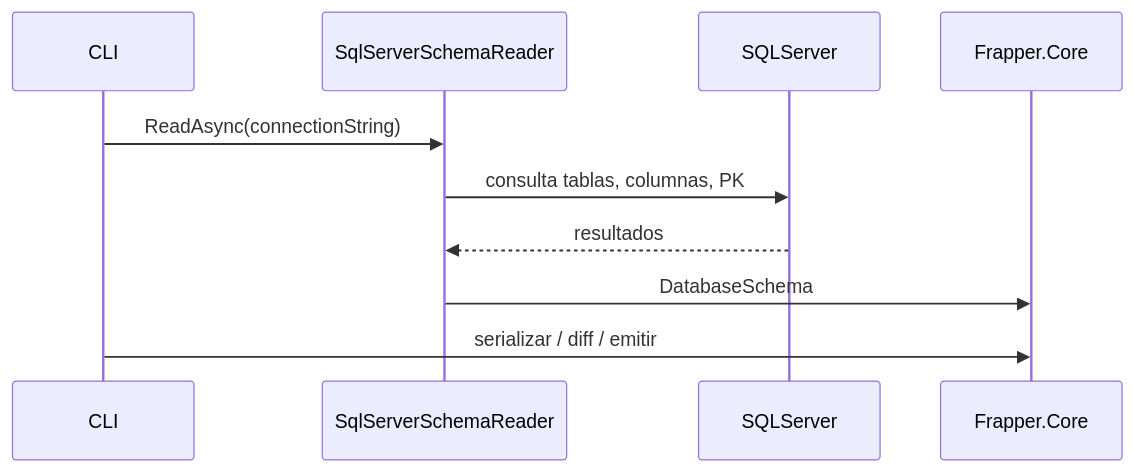
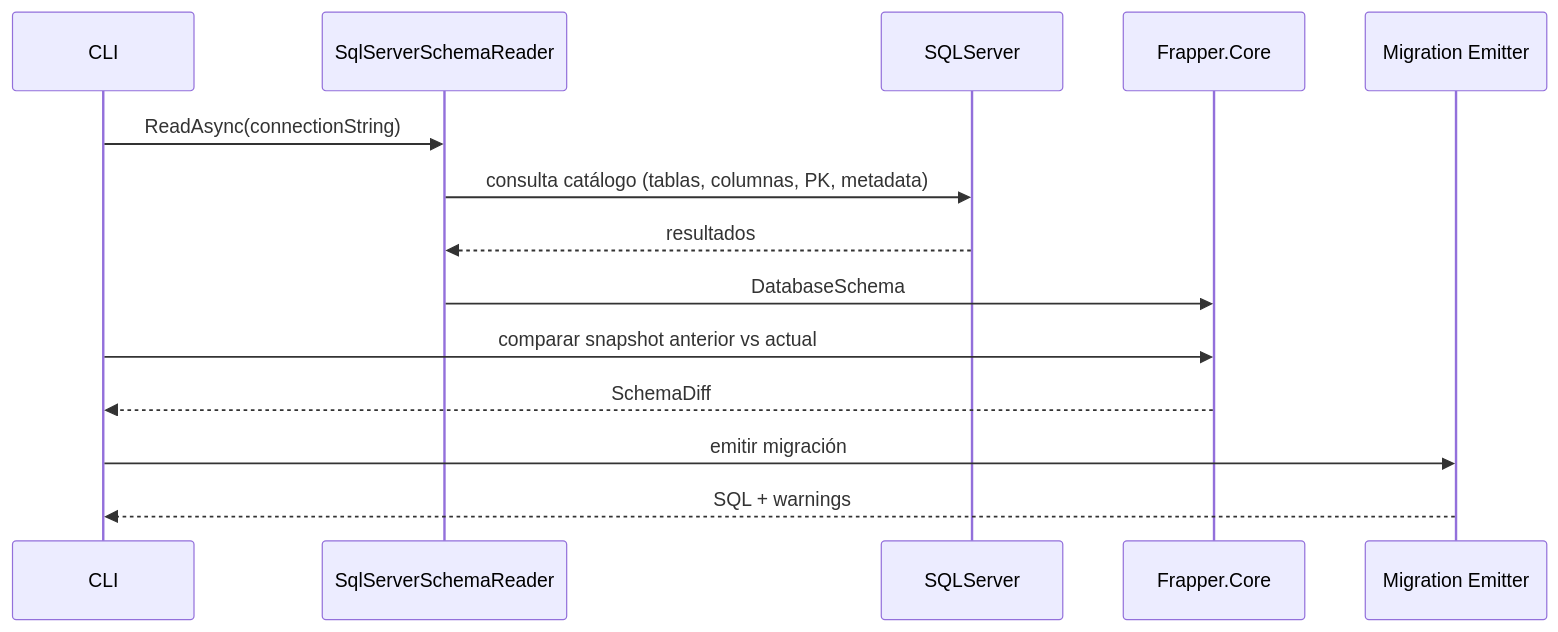
One commit to gonzaromeroatton/frapper changed the first of 3 diagrams in README.md. Above: the diagram before and after it, drawn with Mermaid. The commit also changed other lines of this file and 2 other files, not shown here.

Commit message:
Agrega documentación sobre la arquitectura y roadmap del proyecto Frapper

````diff
--- a/README.md
+++ b/README.md
@@ -173,13 +288,17 @@
 ```mermaid
 sequenceDiagram
     participant CLI
     participant SqlReader as SqlServerSchemaReader
     participant DB as SQLServer
     participant Core as Frapper.Core
+    participant Emitter as Migration Emitter
 
     CLI->>SqlReader: ReadAsync(connectionString)
-    SqlReader->>DB: consulta tablas, columnas, PK
+    SqlReader->>DB: consulta catálogo (tablas, columnas, PK, metadata)
     DB-->>SqlReader: resultados
     SqlReader->>Core: DatabaseSchema
-    CLI->>Core: serializar / diff / emitir
+    CLI->>Core: comparar snapshot anterior vs actual
+    Core-->>CLI: SchemaDiff
+    CLI->>Emitter: emitir migración
+    Emitter-->>CLI: SQL + warnings
 ```
````
